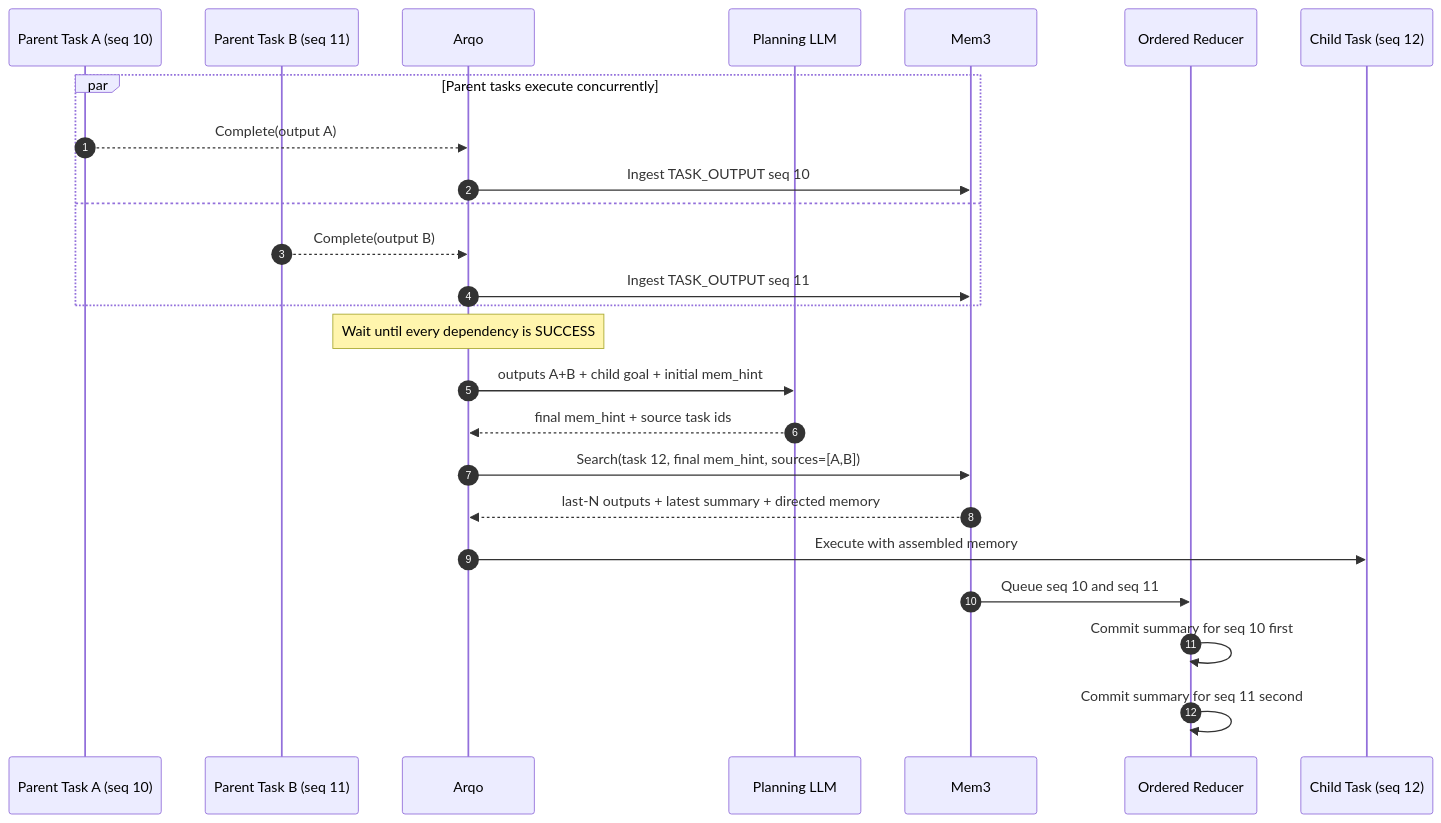
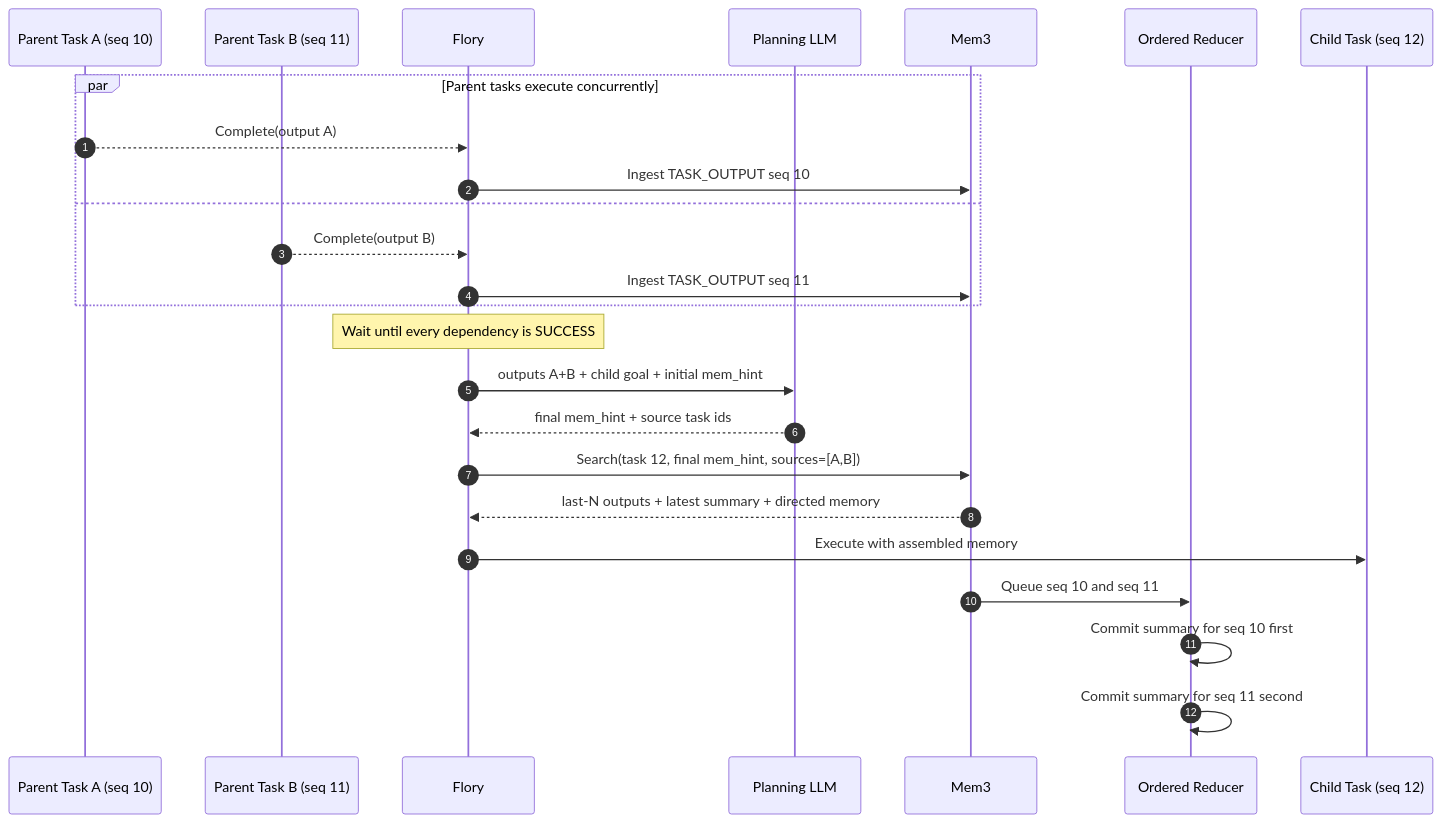
Before and after one commit to linuxb/Aurora: the second of 2 diagrams in doc/design/Mem3.md, drawn with Mermaid. The commit also changed other lines of this file and 112 other files, not shown here.

Commit message:
refactor(flory): rename arqo scheduler service

````diff
--- a/doc/design/Mem3.md
+++ b/doc/design/Mem3.md
@@ -199,30 +199,30 @@
 ```mermaid
 sequenceDiagram
     autonumber
     participant ParentA as Parent Task A (seq 10)
     participant ParentB as Parent Task B (seq 11)
-    participant Arqo
+    participant Flory
     participant Planner as Planning LLM
     participant Mem3
     participant Reducer as Ordered Reducer
     participant Child as Child Task (seq 12)
 
     par Parent tasks execute concurrently
-        ParentA-->>Arqo: Complete(output A)
-        Arqo->>Mem3: Ingest TASK_OUTPUT seq 10
+        ParentA-->>Flory: Complete(output A)
+        Flory->>Mem3: Ingest TASK_OUTPUT seq 10
     and
-        ParentB-->>Arqo: Complete(output B)
-        Arqo->>Mem3: Ingest TASK_OUTPUT seq 11
+        ParentB-->>Flory: Complete(output B)
+        Flory->>Mem3: Ingest TASK_OUTPUT seq 11
     end
 
-    Note over Arqo: Wait until every dependency is SUCCESS
-    Arqo->>Planner: outputs A+B + child goal + initial mem_hint
-    Planner-->>Arqo: final mem_hint + source task ids
-    Arqo->>Mem3: Search(task 12, final mem_hint, sources=[A,B])
-    Mem3-->>Arqo: last-N outputs + latest summary + directed memory
-    Arqo->>Child: Execute with assembled memory
+    Note over Flory: Wait until every dependency is SUCCESS
+    Flory->>Planner: outputs A+B + child goal + initial mem_hint
+    Planner-->>Flory: final mem_hint + source task ids
+    Flory->>Mem3: Search(task 12, final mem_hint, sources=[A,B])
+    Mem3-->>Flory: last-N outputs + latest summary + directed memory
+    Flory->>Child: Execute with assembled memory
 
     Mem3->>Reducer: Queue seq 10 and seq 11
     Reducer->>Reducer: Commit summary for seq 10 first
     Reducer->>Reducer: Commit summary for seq 11 second
 ```
````
